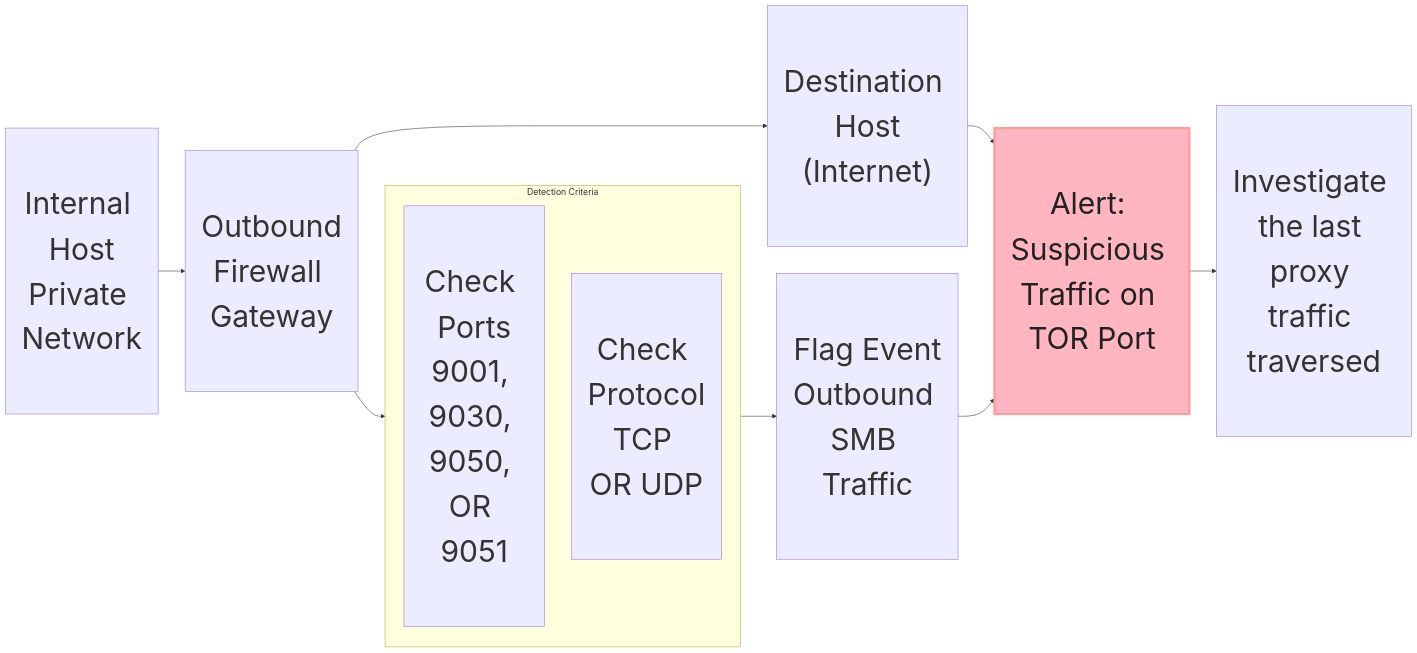
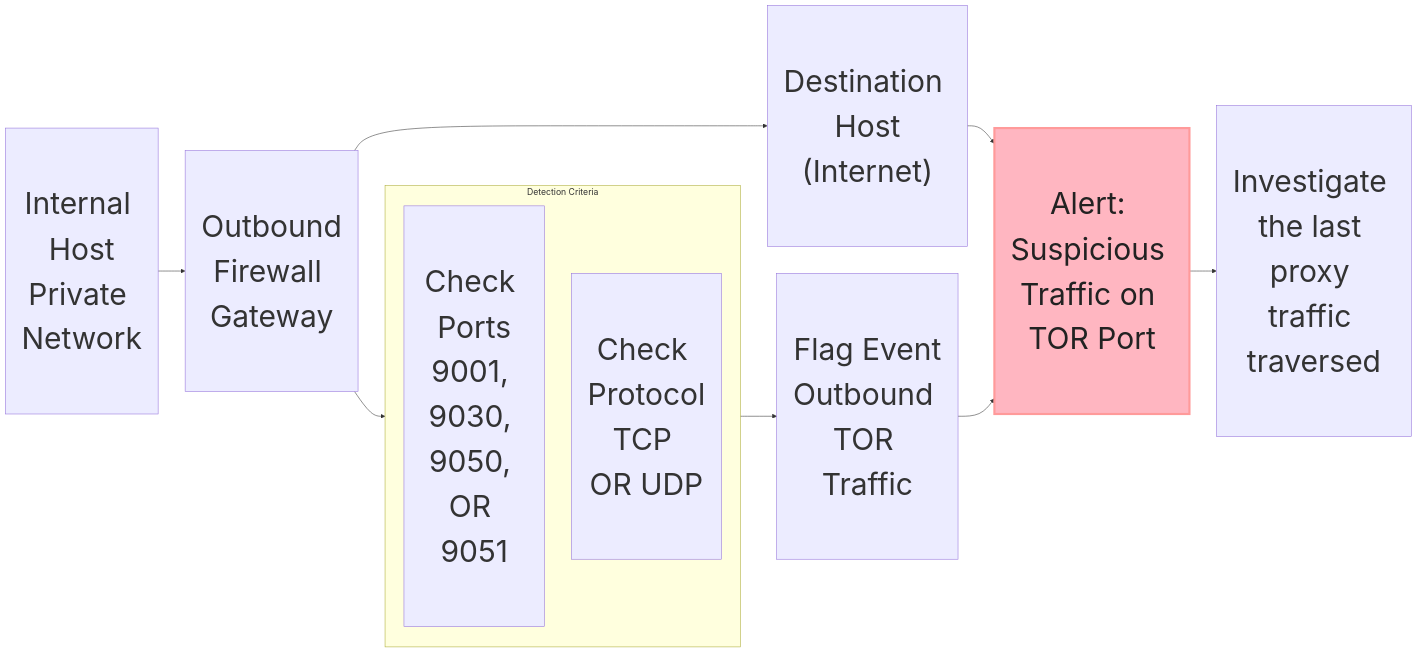
The second of 2 diagrams in Cisco-Meraki-MX-Firewall.md (gcastill0/project-07-SIEM-Detections), drawn with Mermaid before and after one commit.

Commit message:
Updating Meraki

````diff
--- a/Cisco-Meraki-MX-Firewall.md
+++ b/Cisco-Meraki-MX-Firewall.md
@@ -92,27 +92,27 @@
 ```mermaid
 flowchart LR
  subgraph SB["Detection Criteria"]
         E["<br>Check Ports<br>9001, 9030, 9050, OR 9051<br><br>"]
         D["<br>Check Protocol<br>TCP OR UDP<br><br>"]
   end
   
     A["<br>Internal Host<br>Private Network<br><br>"]
     B["<br>Outbound<br>Firewall Gateway<br><br>"]
     C["<br>Destination Host<br>(Internet)<br><br>"]
     A --> B
     B --> C
     C --> H
     B --> SB
-    SB --> G["<br>Flag Event<br>Outbound SMB Traffic<br><br>"]
+    SB --> G["<br>Flag Event<br>Outbound TOR Traffic<br><br>"]
     G --> H["<br>Alert: Suspicious Traffic on TOR Port<br><br>"]
     H --> I["<br>Investigate the last proxy traffic traversed<br><br>"]
 
     style A font-size:2.4ch;
     style B font-size:2.4ch;
     style C font-size:2.4ch;
     style D font-size:2.4ch;
     style E font-size:2.4ch;
     style G font-size:2.4ch;
     style H font-size:2.4ch, stroke:#FF9A9A, stroke-width:4px, color:#222222, fill:lightpink;
     style I font-size:2.4ch;
 ```
````
